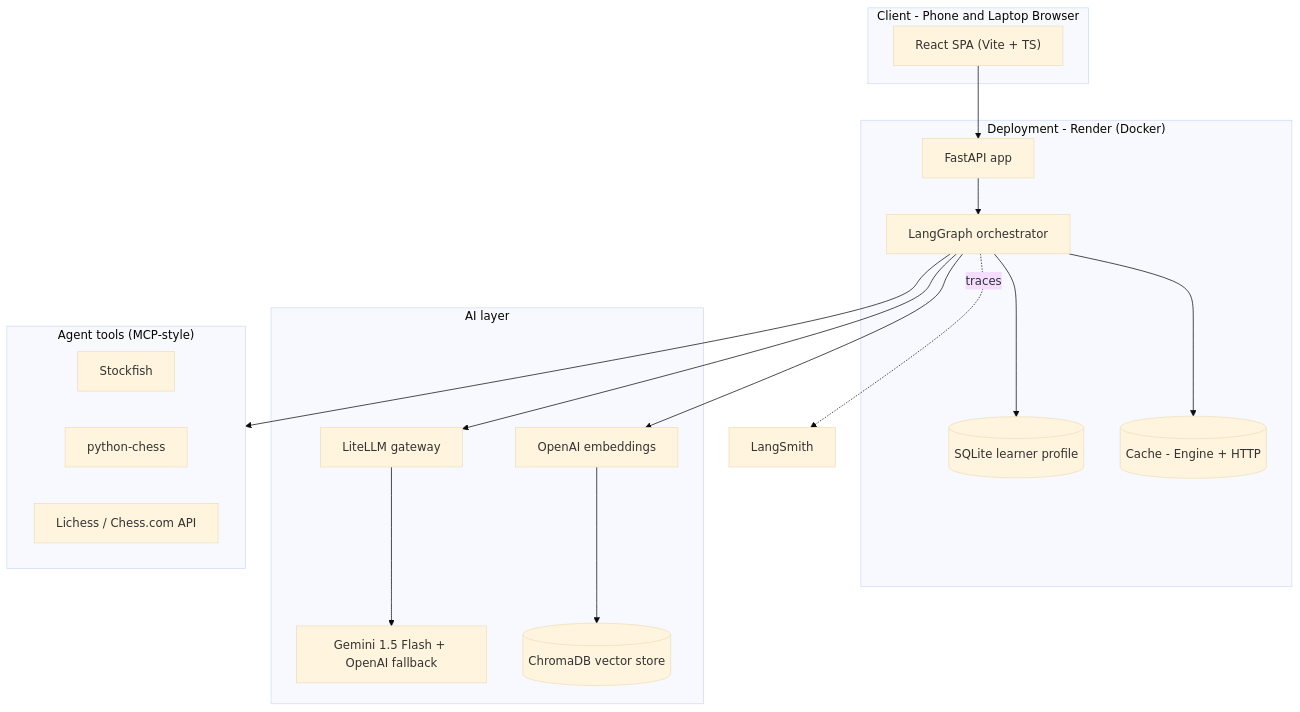
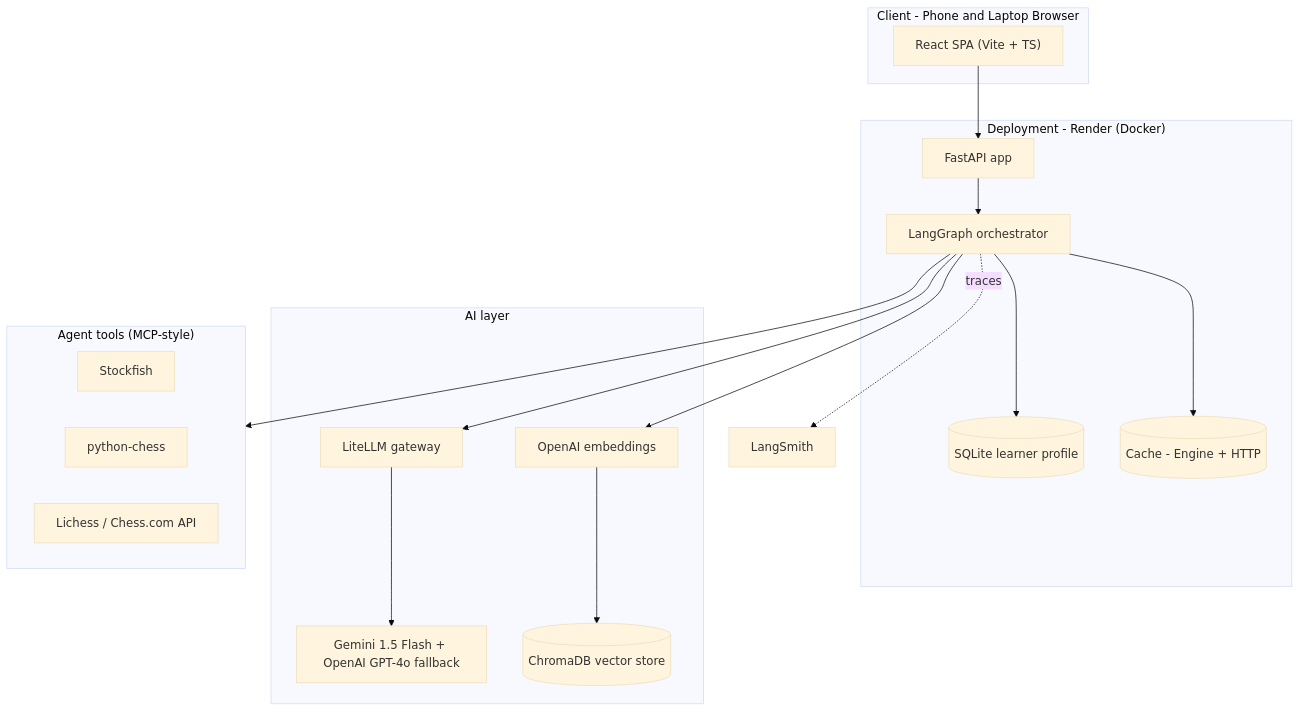
Before and after one commit to rakeshnetdev/AIEC01_CERT_CHLG_GRANDMATE: the first of 4 diagrams in docs/ARCHITECTURE.md, drawn with Mermaid (base theme). The commit also changed other lines of this file and 41 other files, not shown here.

````diff
--- a/docs/ARCHITECTURE.md
+++ b/docs/ARCHITECTURE.md
@@ -22,34 +22,34 @@
 ```mermaid
 flowchart TB
     subgraph Client["Client - Phone and Laptop Browser"]
       UI["React SPA (Vite + TS)"]
     end
 
     subgraph Edge["Deployment - Render (Docker)"]
       API["FastAPI app"]
       ORCH["LangGraph orchestrator"]
       MEM[("SQLite learner profile")]
       CACHE[("Cache - Engine + HTTP")]
     end
 
     subgraph AI["AI layer"]
       GW["LiteLLM gateway"]
-      LLM["Gemini 1.5 Flash + OpenAI fallback"]
+      LLM["Gemini 1.5 Flash + OpenAI GPT-4o fallback"]
       EMB["OpenAI embeddings"]
       VDB[("ChromaDB vector store")]
     end
 
     subgraph Tools["Agent tools (MCP-style)"]
       SF["Stockfish"]
       PC["python-chess"]
       LI["Lichess / Chess.com API"]
     end
 
     UI --> API --> ORCH
     ORCH --> GW --> LLM
     ORCH --> MEM
     ORCH --> CACHE
     ORCH --> Tools
     ORCH --> EMB --> VDB
     ORCH -. "traces" .-> MON["LangSmith"]
 ```
````
